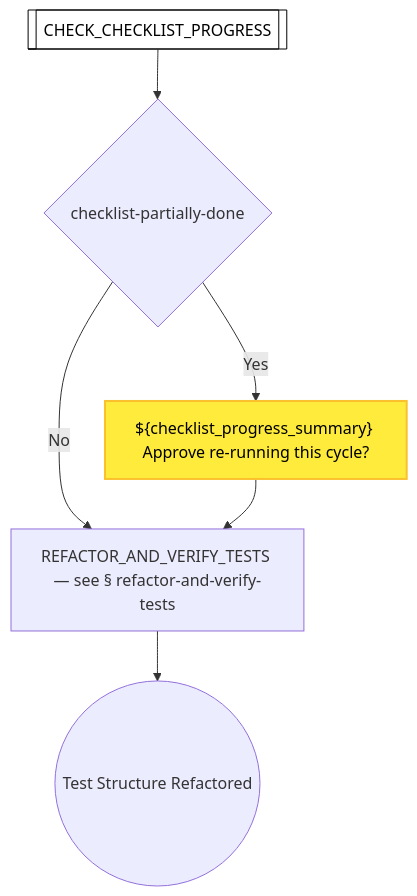
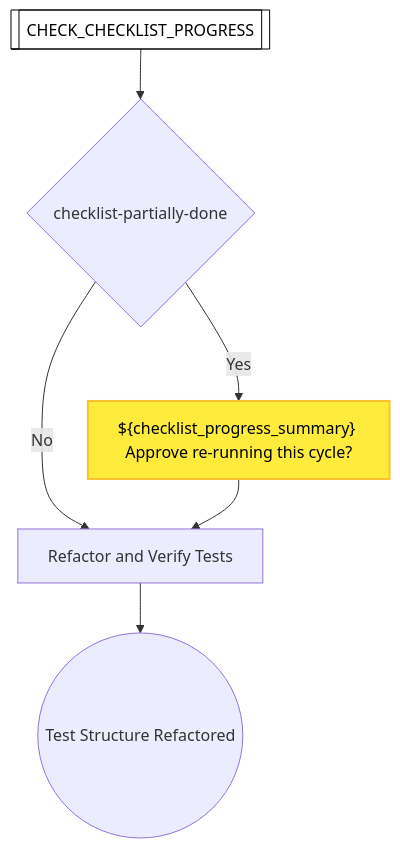
Diagram 12 of 50 in docs/process-diagram.md (optivem/gh-optivem), drawn with Mermaid before and after one commit. The commit also changed other lines of this file and 6 other files, not shown here.

````diff
--- a/docs/process-diagram.md
+++ b/docs/process-diagram.md
@@ -295,20 +295,20 @@
 ```mermaid
 flowchart TD
     CHECK_CHECKLIST_PROGRESS[[CHECK_CHECKLIST_PROGRESS]]
     GATE_CHECKLIST_PARTIALLY_DONE{checklist-partially-done}
-    REFACTOR_AND_VERIFY_TESTS[REFACTOR_AND_VERIFY_TESTS — see § refactor-and-verify-tests]
+    REFACTOR_AND_VERIFY_TESTS[Refactor and Verify Tests]
     REFACTOR_TEST_STRUCTURE_END((Test Structure Refactored))
     STOP_CHECKLIST_PARTIALLY_DONE["${checklist_progress_summary} Approve re-running this cycle?"]
 
     CHECK_CHECKLIST_PROGRESS --> GATE_CHECKLIST_PARTIALLY_DONE
     GATE_CHECKLIST_PARTIALLY_DONE -- Yes --> STOP_CHECKLIST_PARTIALLY_DONE
     GATE_CHECKLIST_PARTIALLY_DONE -- No --> REFACTOR_AND_VERIFY_TESTS
     STOP_CHECKLIST_PARTIALLY_DONE --> REFACTOR_AND_VERIFY_TESTS
     REFACTOR_AND_VERIFY_TESTS --> REFACTOR_TEST_STRUCTURE_END
 
     classDef serviceNode fill:#ffffff,stroke:#000000,stroke-width:1px,color:#000000
     class CHECK_CHECKLIST_PROGRESS serviceNode
 
     classDef humanNode fill:#ffeb3b,stroke:#fbc02d,stroke-width:2px,color:#000000
     class STOP_CHECKLIST_PARTIALLY_DONE humanNode
 ```
````
